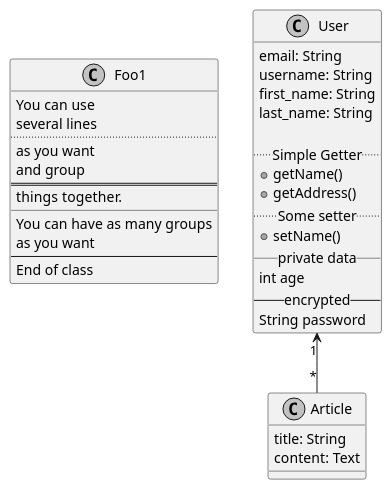
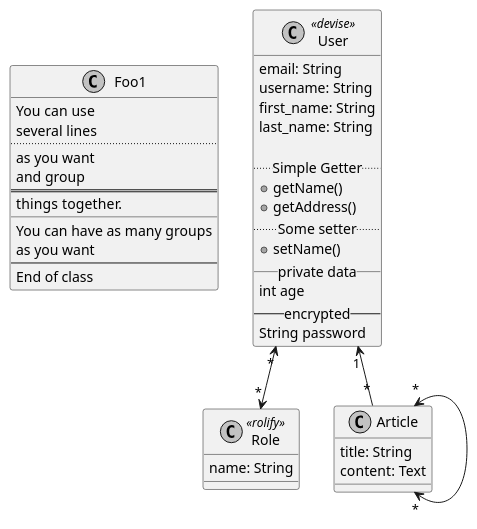
Before and after one commit to jrcech/rails_template: the diagram in docs/model.md, drawn with PlantUML. The commit also changed 4 other files, not shown here.

````diff
--- a/docs/model.md
+++ b/docs/model.md
@@ -1,47 +1,54 @@
 ```plantuml
 @startuml
 
 skinparam monochrome true
 skinparam shadowing false
 
 class Foo1 {
   You can use
   several lines
   ..
   as you want
   and group
   ==
   things together.
   __
   You can have as many groups
   as you want
   --
   End of class
 }
 
-class User {
+class Role <<rolify>> {
+  name: String
+}
+
+class User <<devise>> {
   email: String
   username: String
   first_name: String
   last_name: String
 
   .. Simple Getter ..
   + getName()
   + getAddress()
   .. Some setter ..
   + setName()
   __ private data __
   int age
   -- encrypted --
   String password
 }
 
 class Article {
   title: String
   content: Text
 }
 
+User "*" <--> "*" Role
+
 User "1" <-- "*" Article
+Article "*" <--> "*" Article
 
 @enduml
 ```
````
